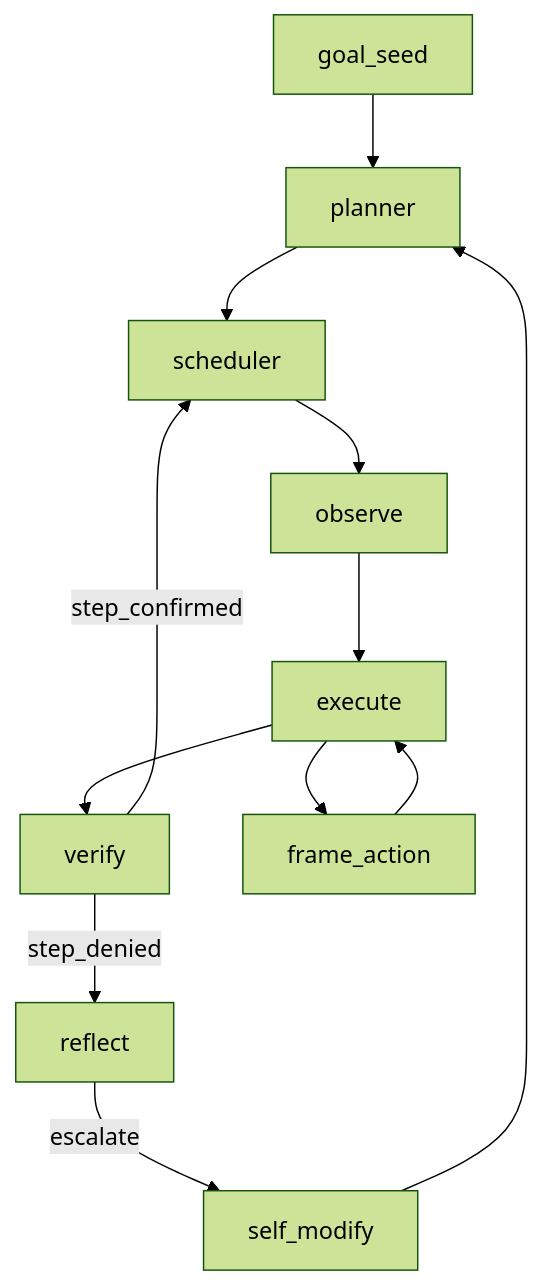
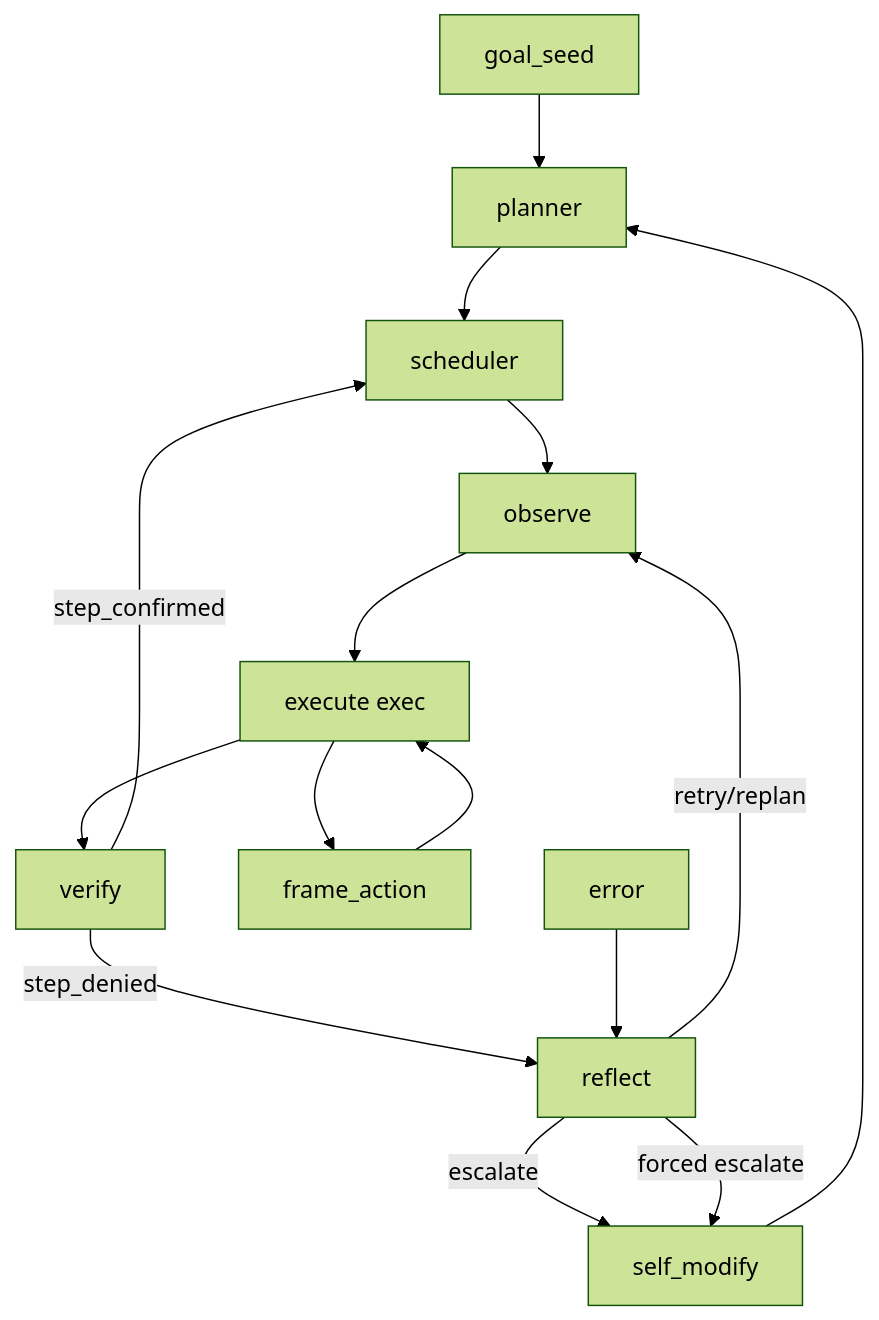
One commit to wgabrys88/endgame-ai changed the fourth of 4 diagrams in README.md. Above: the diagram before and after it, drawn with Mermaid (forest theme). The commit also changed other lines of this file and 1 other file, not shown here.

````diff
--- a/README.md
+++ b/README.md
@@ -23,9 +156,13 @@
 ```mermaid
 flowchart TB
   G[goal_seed] --> P[planner] --> SCH[scheduler] --> OBS[observe]
-  OBS --> EX[execute] --> VF[verify]
+  OBS --> EX[execute exec]
+  EX --> VF[verify]
   EX --> FA[frame_action] --> EX
+  VF -->|step_confirmed| SCH
   VF -->|step_denied| RF[reflect]
+  RF -->|retry/replan| OBS
   RF -->|escalate| SM[self_modify] --> P
-  VF -->|step_confirmed| SCH
+  RF -->|forced escalate| SM
+  ERR[error] --> RF
 ```
````
